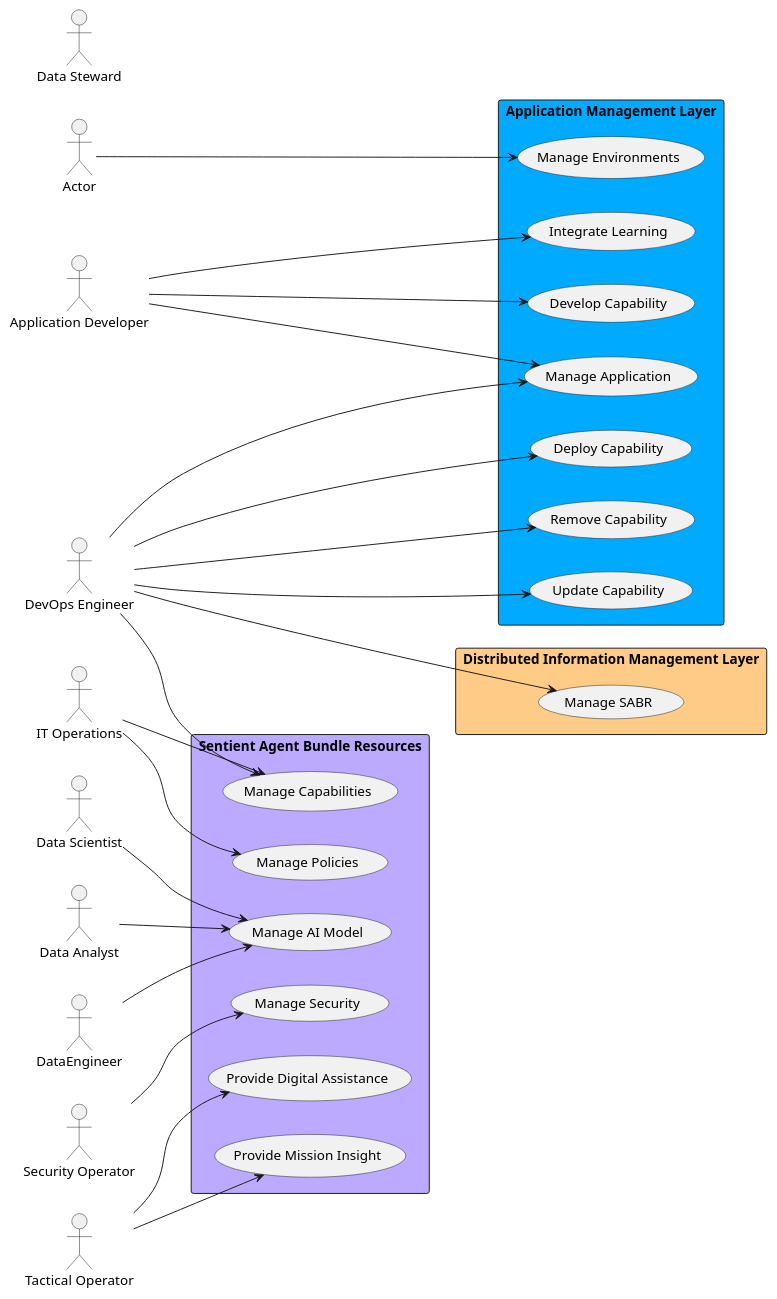
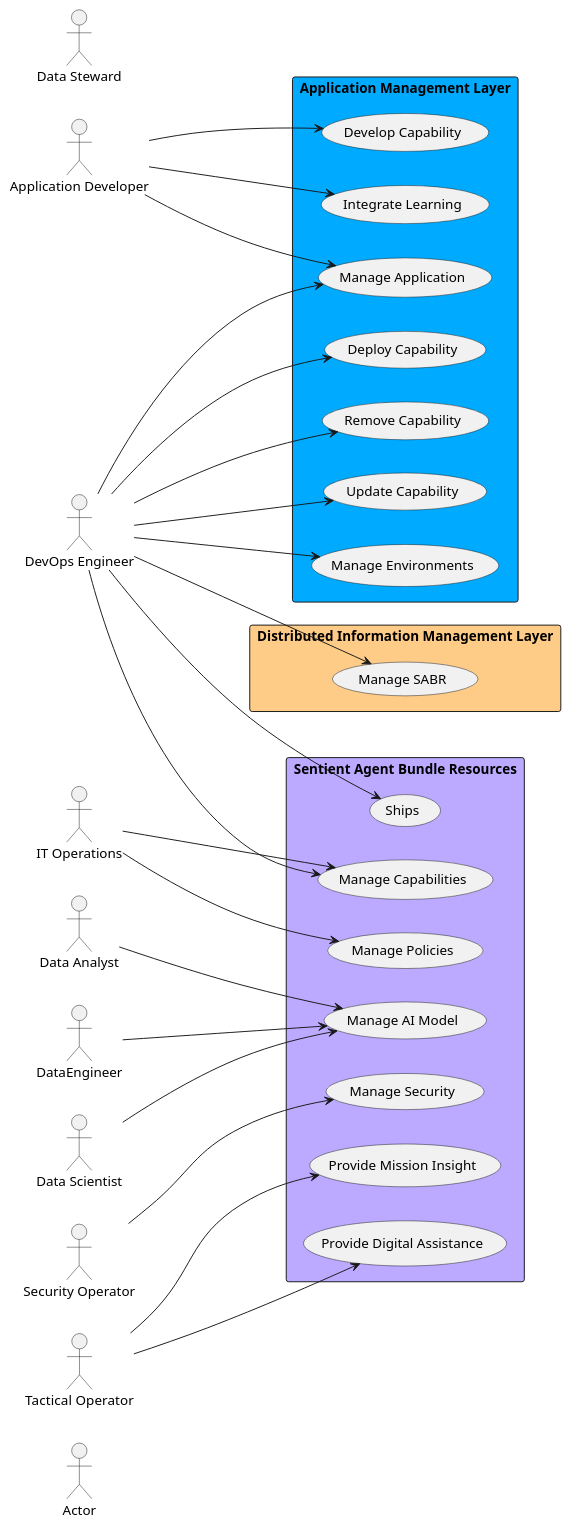
Before and after one commit to madajaju/sabr: the diagram in docs/actors/Actors.puml, drawn with PlantUML. The commit also changed 572 other files, not shown here.

```diff
--- a/docs/actors/Actors.puml
+++ b/docs/actors/Actors.puml
@@ -1,112 +1,116 @@
 @startuml
 
 left to right direction
 
 Actor "Actor" as Actor
 
 Actor "Application Developer" as ApplicationDeveloper
 
 Actor "Data Analyst" as DataAnalyst
 
 Actor "DataEngineer" as DataEngineer
 
 Actor "Data Scientist" as DataScientist
 
 Actor "Data Steward" as DataSteward
 
 Actor "DevOps Engineer" as DevOpsEngineer
 
 Actor "IT Operations" as ITOperations
 
 Actor "Security Operator" as SecurityOperator
 
 Actor "Tactical Operator" as TacticalOperator
 
 
 
 rectangle "Application Management Layer" as aml  #00aaff {
-        usecase "Manage Environments" as ManageEnvironments
-    
-        Actor ---> ManageEnvironments
-        
-
-}
-
-rectangle "Application Management Layer" as aml  #00aaff {
         usecase "Integrate Learning" as IntegrateLearning
     
-        ApplicationDeveloper --> IntegrateLearning
+        ApplicationDeveloper ---> IntegrateLearning
         
     usecase "Manage Application" as ManageApplication
     
-        DevOpsEngineer --> ManageApplication
+        DevOpsEngineer ---> ManageApplication
         
-        ApplicationDeveloper --> ManageApplication
+        ApplicationDeveloper ---> ManageApplication
         
 
 }
 
 rectangle "Application Management Layer" as aml  #00aaff {
         usecase "Develop Capability" as DevelopCapability
     
-        ApplicationDeveloper ---> DevelopCapability
+        ApplicationDeveloper --> DevelopCapability
         
     usecase "Deploy Capability" as DeployCapability
     
-        DevOpsEngineer ---> DeployCapability
+        DevOpsEngineer --> DeployCapability
         
     usecase "Remove Capability" as RemoveCapability
     
-        DevOpsEngineer ---> RemoveCapability
+        DevOpsEngineer --> RemoveCapability
         
     usecase "Update Capability" as UpdateCapability
     
-        DevOpsEngineer ---> UpdateCapability
+        DevOpsEngineer --> UpdateCapability
         
 
 }
 
 rectangle "Sentient Agent Bundle Resources" as sabr  #bbaaff {
         usecase "Manage AI Model" as ManageAIModel
     
-        DataEngineer --> ManageAIModel
+        DataEngineer ---> ManageAIModel
         
-        DataScientist --> ManageAIModel
+        DataScientist ---> ManageAIModel
         
-        DataAnalyst --> ManageAIModel
+        DataAnalyst ---> ManageAIModel
         
     usecase "Manage Capabilities" as ManageCapabilities
     
-        DevOpsEngineer --> ManageCapabilities
+        DevOpsEngineer ---> ManageCapabilities
         
-        ITOperations --> ManageCapabilities
+        ITOperations ---> ManageCapabilities
+        
+    usecase "Ships" as Ships
+    
+        DevOpsEngineer ---> Ships
         
     usecase "Manage Policies" as ManagePolicies
     
-        ITOperations --> ManagePolicies
+        ITOperations ---> ManagePolicies
         
     usecase "Manage Security" as ManageSecurity
     
-        SecurityOperator --> ManageSecurity
+        SecurityOperator ---> ManageSecurity
         
     usecase "Provide Digital Assistance" as ProvideDigitalAssistance
     
-        TacticalOperator --> ProvideDigitalAssistance
+        TacticalOperator ---> ProvideDigitalAssistance
         
     usecase "Provide Mission Insight" as ProvideMissionInsight
     
-        TacticalOperator --> ProvideMissionInsight
+        TacticalOperator ---> ProvideMissionInsight
+        
+
+}
+
+rectangle "Application Management Layer" as aml  #00aaff {
+        usecase "Manage Environments" as ManageEnvironments
+    
+        DevOpsEngineer --> ManageEnvironments
         
 
 }
 
 rectangle "Distributed Information Management Layer" as diml  #ffcc88 {
         usecase "Manage SABR" as ManageSABR
     
         DevOpsEngineer ---> ManageSABR
         
 
 }
 
 
 @enduml
```
